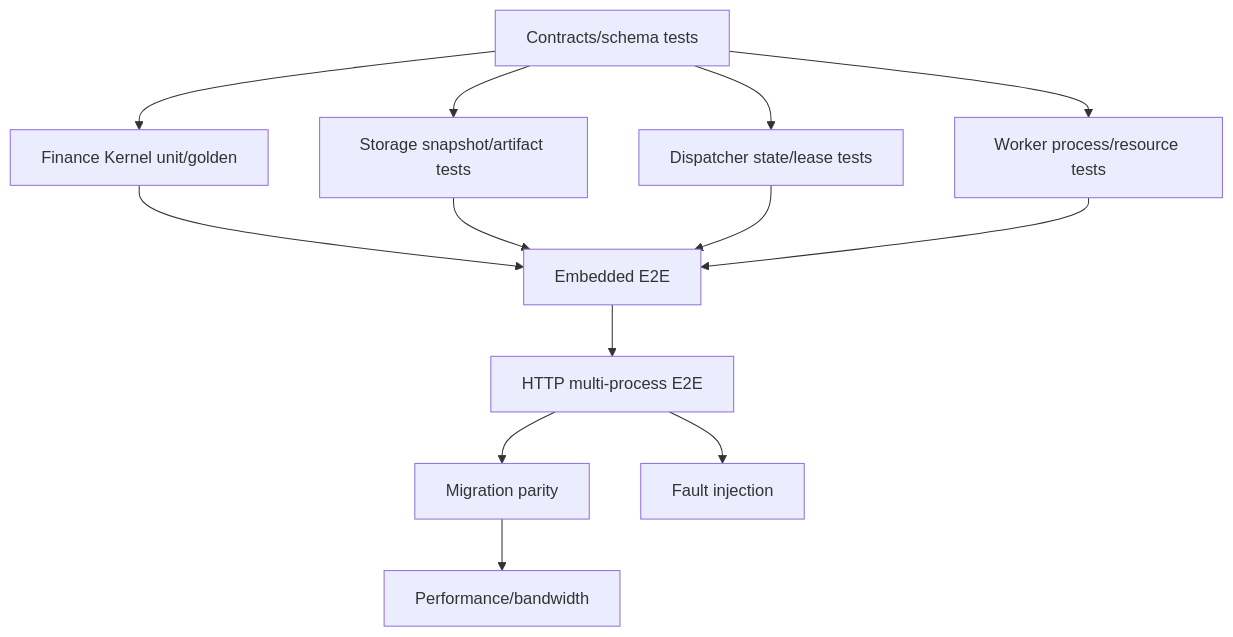
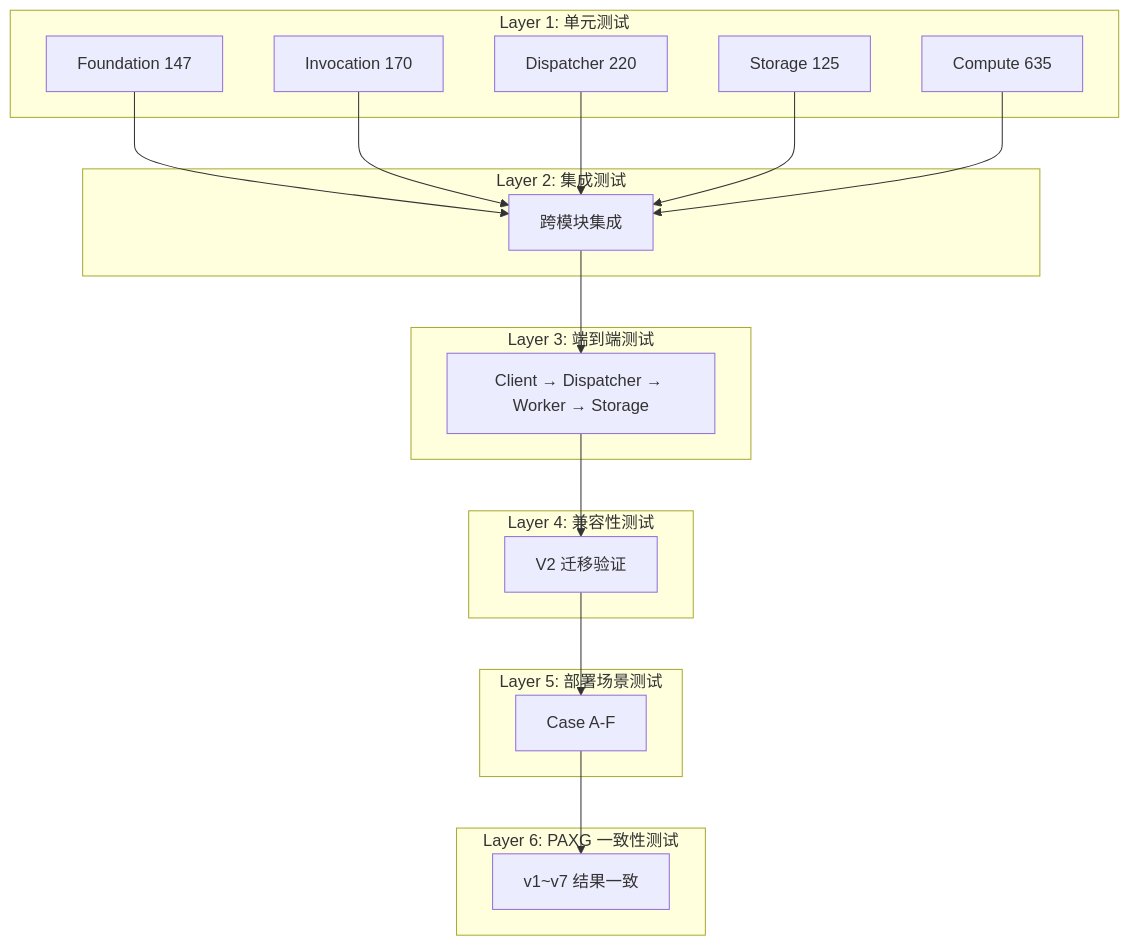
The tenth of 10 diagrams in V31design/designV31/DESIGN_ARCH_V31.md (RESBI/StockStatistic), drawn with Mermaid before and after one commit. The commit also changed other lines of this file and 475 other files, not shown here.

First line of the commit message:
V3.1 design: finalize architecture docs + implementation reports

````diff
--- a/V31design/designV31/DESIGN_ARCH_V31.md
+++ b/V31design/designV31/DESIGN_ARCH_V31.md
@@ -593,26 +726,40 @@
 ```mermaid
 graph TB
-    T1[Contracts/schema tests]
-    T2[Finance Kernel unit/golden]
-    T3[Storage snapshot/artifact tests]
-    T4[Dispatcher state/lease tests]
-    T5[Worker process/resource tests]
-    T6[Embedded E2E]
-    T7[HTTP multi-process E2E]
-    T8[Migration parity]
-    T9[Fault injection]
-    T10[Performance/bandwidth]
+    subgraph "Layer 1: 单元测试"
+        F1[Foundation 147]
+        I1[Invocation 170]
+        D1[Dispatcher 220]
+        S1[Storage 125]
+        C1[Compute 635]
+    end
 
-    T1 --> T2
-    T1 --> T3
-    T1 --> T4
-    T1 --> T5
-    T2 --> T6
-    T3 --> T6
-    T4 --> T6
-    T5 --> T6
-    T6 --> T7
-    T7 --> T8
-    T7 --> T9
-    T8 --> T10
+    subgraph "Layer 2: 集成测试"
+        I2[跨模块集成]
+    end
+
+    subgraph "Layer 3: 端到端测试"
+        E2E[Client → Dispatcher → Worker → Storage]
+    end
+
+    subgraph "Layer 4: 兼容性测试"
+        COMPAT[V2 迁移验证]
+    end
+
+    subgraph "Layer 5: 部署场景测试"
+        DEPLOY[Case A-F]
+    end
+
+    subgraph "Layer 6: PAXG 一致性测试"
+        PAXG[v1~v7 结果一致]
+    end
+
+    F1 --> I2
+    I1 --> I2
+    D1 --> I2
+    S1 --> I2
+    C1 --> I2
+    I2 --> E2E
+    E2E --> COMPAT
+    COMPAT --> DEPLOY
+    DEPLOY --> PAXG
 ```
````
